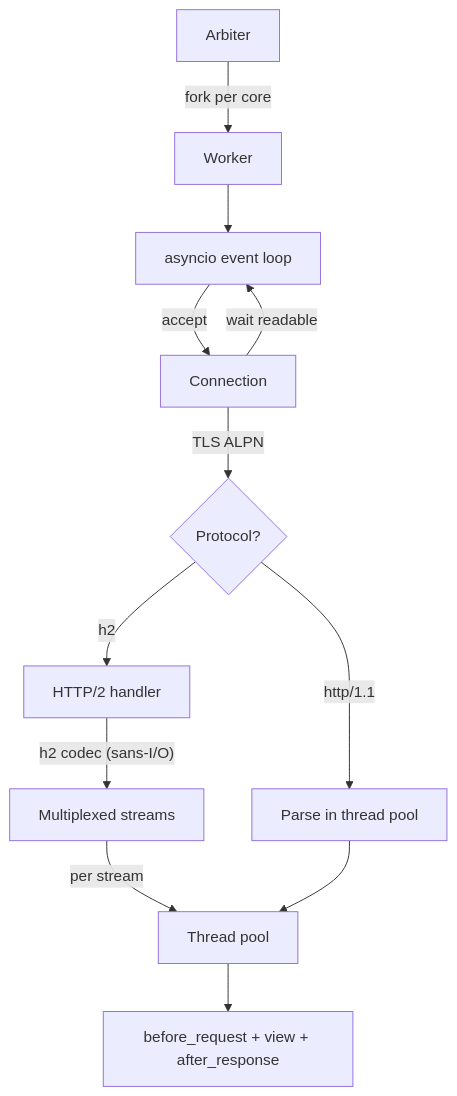
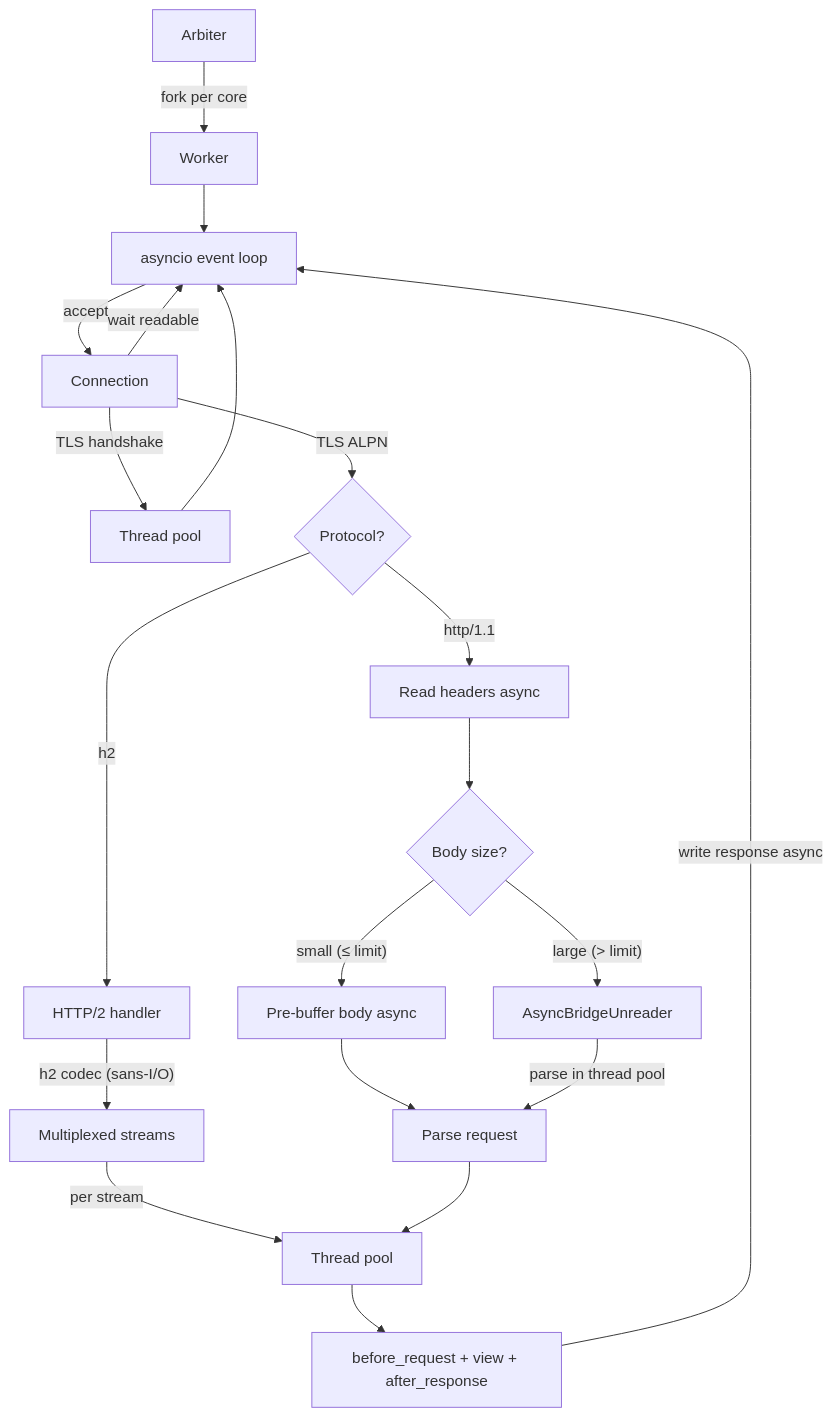
The diagram in plain/plain/server/README.md (dropseed/plain), drawn with Mermaid before and after one commit. The commit also changed other lines of this file and 7 other files, not shown here.

Commit message:
Move server I/O to async event loop, reserve thread pool for app code

````diff
--- a/plain/plain/server/README.md
+++ b/plain/plain/server/README.md
@@ -196,14 +199,22 @@
 ```mermaid
 graph TD
     A[Arbiter] -->|fork per core| W[Worker]
     W --> EL[asyncio event loop]
     EL -->|accept| C[Connection]
     C -->|wait readable| EL
+    C -->|TLS handshake| TP_TLS[Thread pool]
+    TP_TLS --> EL
     C -->|TLS ALPN| P{Protocol?}
     P -->|h2| H2[HTTP/2 handler]
-    P -->|http/1.1| H1[Parse in thread pool]
+    P -->|http/1.1| HDR[Read headers async]
+    HDR --> BODY{Body size?}
+    BODY -->|"small (≤ limit)"| PRE[Pre-buffer body async]
+    BODY -->|"large (> limit)"| BRIDGE[AsyncBridgeUnreader]
+    PRE --> PARSE[Parse request]
+    BRIDGE -->|"parse in thread pool"| PARSE
     H2 -->|"h2 codec (sans-I/O)"| STREAMS[Multiplexed streams]
     STREAMS -->|per stream| TP[Thread pool]
-    H1 --> TP
+    PARSE --> TP
     TP --> MW[before_request + view + after_response]
+    MW -->|write response async| EL
 ```
````
